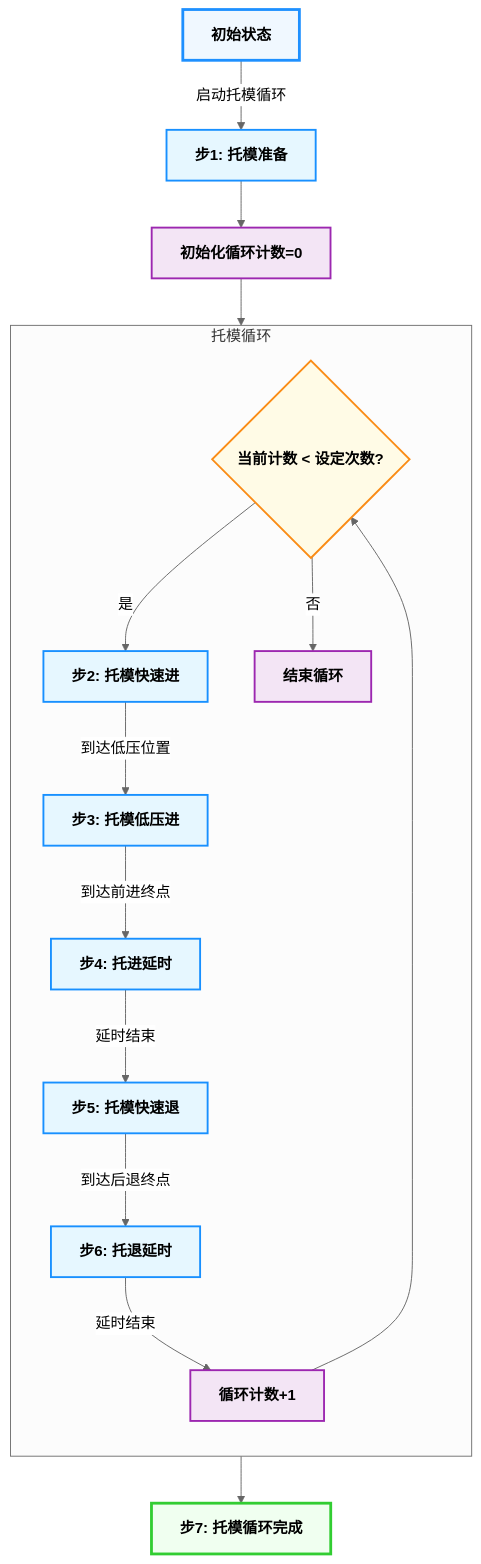
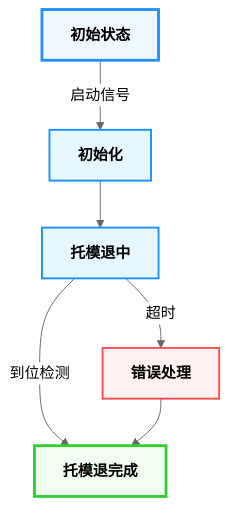
One commit to Porcheson/inj-machine-docs changed the sixth of 7 diagrams in docs/07_托模功能整理.md. Above: the diagram before and after it, drawn with Mermaid (neutral theme). The commit also changed other lines of this file and 1 other file, not shown here.

Commit message:
优化托模功能文档的Mermaid图表样式，移除classDef定义

````diff
--- a/docs/07_托模功能整理.md
+++ b/docs/07_托模功能整理.md
@@ -182,34 +224,19 @@
 ```mermaid
 flowchart TD
-    Start[初始状态] -->|启动托模循环| Step1[步1: 托模准备]
-    Step1 --> Init[初始化循环计数=0]
-  
-    subgraph 托模循环
-        direction TB
-        CheckLoop{当前计数 < 设定次数?}
-        CheckLoop -->|是| Step2[步2: 托模快速进]
-        Step2 -->|到达低压位置| Step3[步3: 托模低压进]
-        Step3 -->|到达前进终点| Step4[步4: 托进延时]
-        Step4 -->|延时结束| Step5[步5: 托模快速退]
-        Step5 -->|到达后退终点| Step6[步6: 托退延时]
-        Step6 -->|延时结束| Increment[循环计数+1]
-        Increment --> CheckLoop
-        CheckLoop -->|否| EndLoop[结束循环]
-    end
-  
-    Init --> CheckLoop
-    EndLoop --> Step7[步7: 托模循环完成]
+    Start[初始状态] -->|启动信号| Step1[初始化]
+    Step1 --> Step2[托模退中]
+    Step2 -->|到位检测| Step3[托模退完成]
+    Step2 -->|超时| Error[错误处理]
+    Error --> Step3
   
     classDef step fill:#e6f7ff,stroke:#1890ff,stroke-width:2px,rounded,font-weight:bold
+    classDef error fill:#fff2f0,stroke:#ff4d4f,stroke-width:2px,rounded,font-weight:bold
     classDef complete fill:#f6ffed,stroke:#52c41a,stroke-width:2px,rounded,font-weight:bold
-    classDef decision fill:#fffbe6,stroke:#fa8c16,stroke-width:2px,rounded,font-weight:bold
-    classDef loop fill:#f3e5f5,stroke:#9c27b0,stroke-width:2px,rounded,font-weight:bold
   
-    class Step1,Step2,Step3,Step4,Step5,Step6 step
-    class Step7,Start complete
-    class CheckLoop decision
-    class Init,Increment,EndLoop loop
+    class Step1,Step2 step
+    class Error error
+    class Step3,Start complete
   
     style Start fill:#f0f8ff,stroke:#1e90ff,stroke-width:3px
-    style Step7 fill:#f0fff0,stroke:#32cd32,stroke-width:3px
+    style Step3 fill:#f0fff0,stroke:#32cd32,stroke-width:3px
 ```
````
